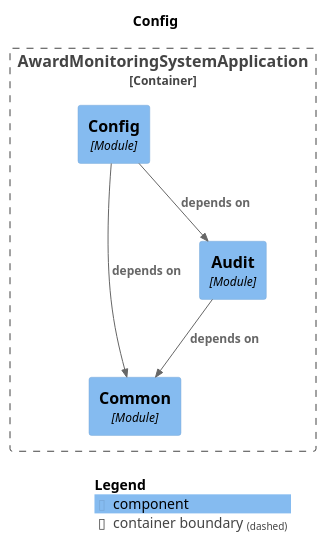
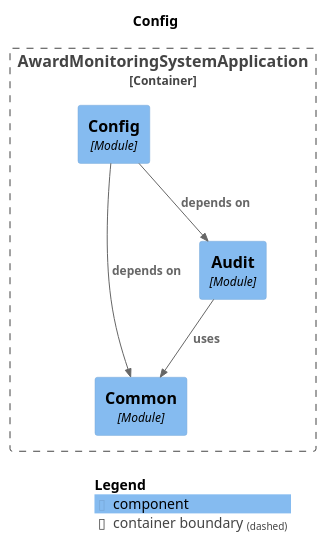
One commit to StKostyk/award-monitoring-system changed the diagram in docs/architecture/diagrams/modules/module-config.puml. Above: the diagram before and after it, drawn with PlantUML. The commit also changed 30 other files, not shown here.

```diff
--- a/docs/architecture/diagrams/modules/module-config.puml
+++ b/docs/architecture/diagrams/modules/module-config.puml
@@ -1,22 +1,22 @@
 @startuml
 set separator none
 title Config
 
 top to bottom direction
 
 !include <C4/C4>
 !include <C4/C4_Context>
 !include <C4/C4_Component>
 
 Container_Boundary("AwardMonitoringSystemApplication.AwardMonitoringSystemApplication_boundary", "AwardMonitoringSystemApplication", $tags="") {
   Component(AwardMonitoringSystemApplication.AwardMonitoringSystemApplication.Common, "Common", $techn="Module", $descr="", $tags="", $link="")
   Component(AwardMonitoringSystemApplication.AwardMonitoringSystemApplication.Audit, "Audit", $techn="Module", $descr="", $tags="", $link="")
   Component(AwardMonitoringSystemApplication.AwardMonitoringSystemApplication.Config, "Config", $techn="Module", $descr="", $tags="", $link="")
 }
 
+Rel(AwardMonitoringSystemApplication.AwardMonitoringSystemApplication.Audit, AwardMonitoringSystemApplication.AwardMonitoringSystemApplication.Common, "uses", $techn="", $tags="", $link="")
 Rel(AwardMonitoringSystemApplication.AwardMonitoringSystemApplication.Config, AwardMonitoringSystemApplication.AwardMonitoringSystemApplication.Common, "depends on", $techn="", $tags="", $link="")
 Rel(AwardMonitoringSystemApplication.AwardMonitoringSystemApplication.Config, AwardMonitoringSystemApplication.AwardMonitoringSystemApplication.Audit, "depends on", $techn="", $tags="", $link="")
-Rel(AwardMonitoringSystemApplication.AwardMonitoringSystemApplication.Audit, AwardMonitoringSystemApplication.AwardMonitoringSystemApplication.Common, "depends on", $techn="", $tags="", $link="")
 
 SHOW_LEGEND(true)
 @enduml
```
